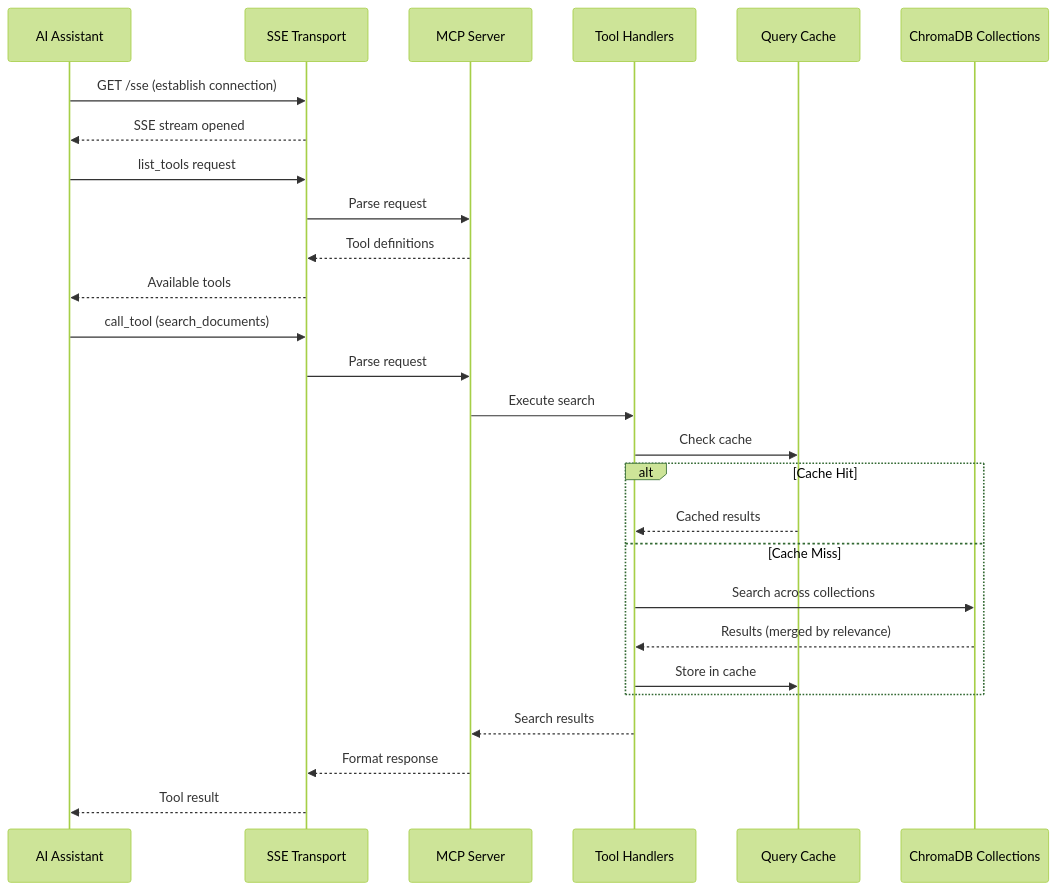
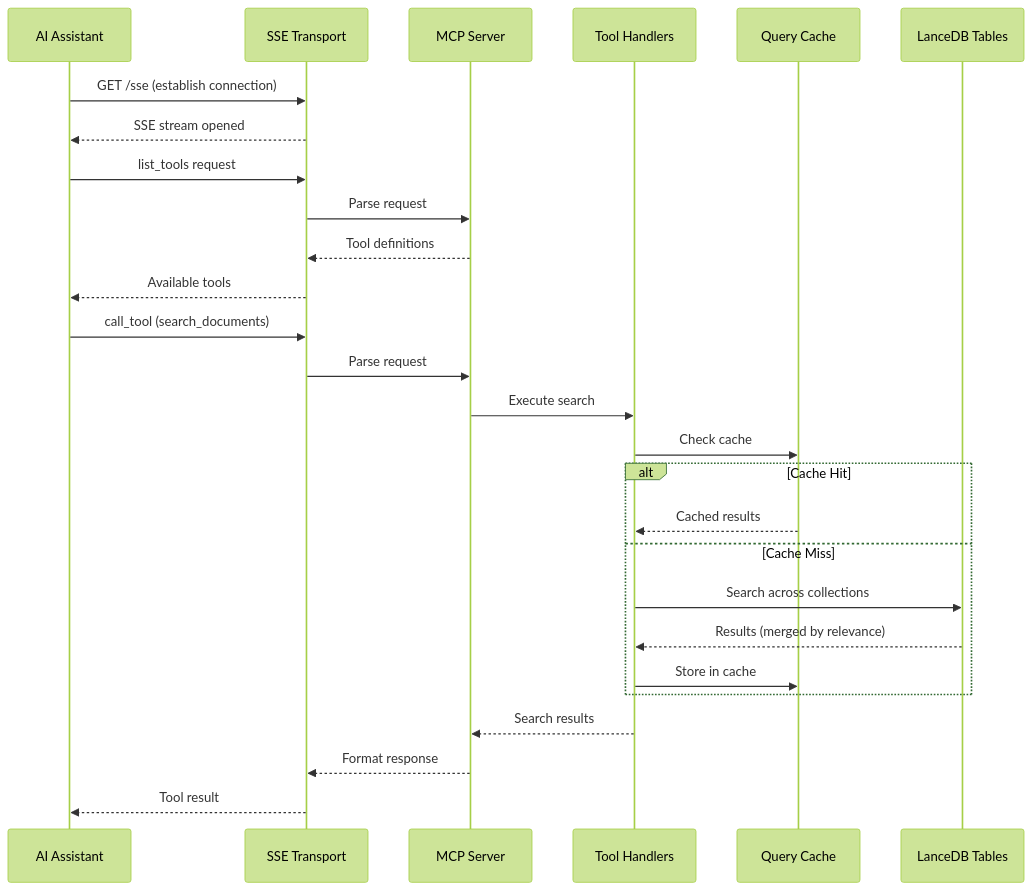
One commit to TheWinterShadow/Thoth changed the second of 7 diagrams in docs/source/architecture/mcp-server.md. Above: the diagram before and after it, drawn with Mermaid (forest theme). The commit also changed other lines of this file and 38 other files, not shown here.

````diff
--- a/docs/source/architecture/mcp-server.md
+++ b/docs/source/architecture/mcp-server.md
@@ -52,32 +52,32 @@
 ```mermaid
 sequenceDiagram
     participant Client as AI Assistant
     participant SSE as SSE Transport
     participant MCP as MCP Server
     participant Tools as Tool Handlers
     participant Cache as Query Cache
-    participant DB as ChromaDB Collections
+    participant DB as LanceDB Tables
 
     Client->>SSE: GET /sse (establish connection)
     SSE-->>Client: SSE stream opened
 
     Client->>SSE: list_tools request
     SSE->>MCP: Parse request
     MCP-->>SSE: Tool definitions
     SSE-->>Client: Available tools
 
     Client->>SSE: call_tool (search_documents)
     SSE->>MCP: Parse request
     MCP->>Tools: Execute search
     Tools->>Cache: Check cache
     alt Cache Hit
         Cache-->>Tools: Cached results
     else Cache Miss
         Tools->>DB: Search across collections
         DB-->>Tools: Results (merged by relevance)
         Tools->>Cache: Store in cache
     end
     Tools-->>MCP: Search results
     MCP-->>SSE: Format response
     SSE-->>Client: Tool result
 ```
````
